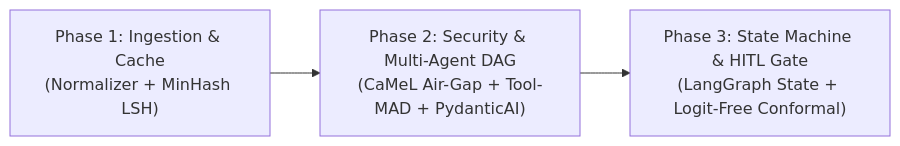
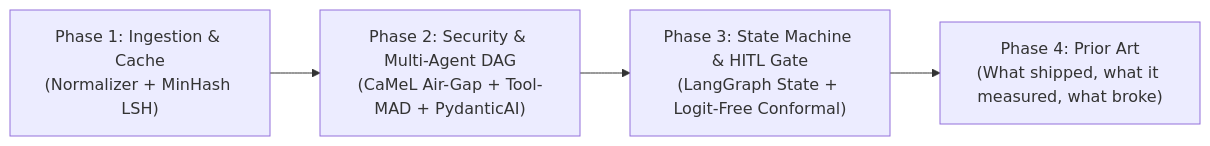
One commit to Ojas025/vouch.ai changed the diagram in docs/RESOURCES.md. Above: the diagram before and after it, drawn with Mermaid. The commit also changed other lines of this file and 11 other files, not shown here.

Commit message:
docs: update ARCHITECTURE.md and EVAL-HARNESS.md

````diff
--- a/docs/RESOURCES.md
+++ b/docs/RESOURCES.md
@@ -13,5 +35,6 @@
 ```mermaid
 flowchart LR
     P1["Phase 1: Ingestion & Cache<br/>(Normalizer + MinHash LSH)"] --> P2["Phase 2: Security & Multi-Agent DAG<br/>(CaMeL Air-Gap + Tool-MAD + PydanticAI)"]
     P2 --> P3["Phase 3: State Machine & HITL Gate<br/>(LangGraph State + Logit-Free Conformal)"]
+    P3 --> P4["Phase 4: Prior Art<br/>(What shipped, what it measured, what broke)"]
 ```
````
